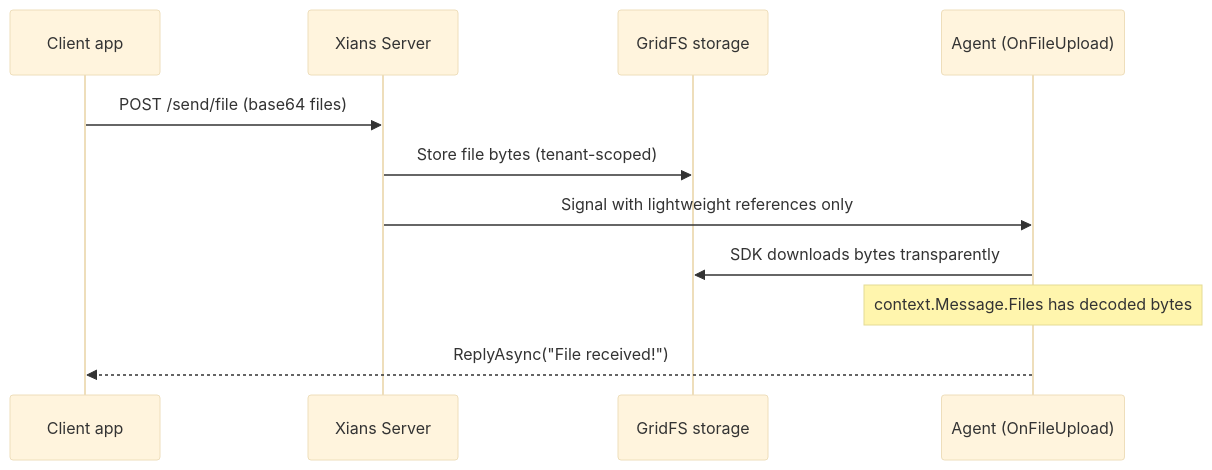
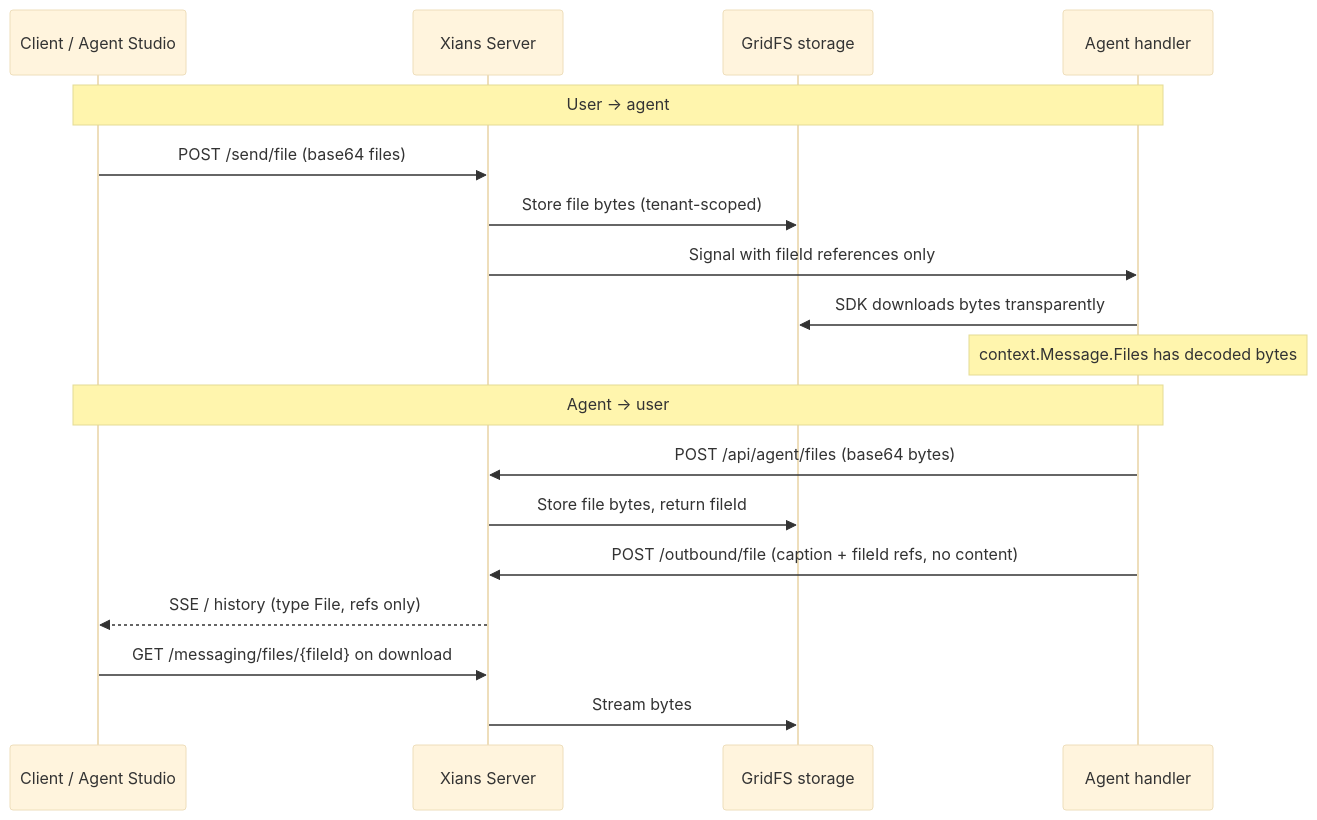
The diagram in docs/concepts/messaging-fileupload.md (XiansAiPlatform/XiansAi.Docs), drawn with Mermaid (base theme) before and after one commit. The commit also changed other lines of this file, not shown here.

````diff
--- a/docs/concepts/messaging-fileupload.md
+++ b/docs/concepts/messaging-fileupload.md
@@ -7,14 +9,22 @@
 ```mermaid
 sequenceDiagram
-    participant C as Client app
+    participant C as Client / Agent Studio
     participant S as Xians Server
     participant G as GridFS storage
-    participant A as Agent (OnFileUpload)
+    participant A as Agent handler
 
+    Note over C,A: User → agent
     C->>S: POST /send/file (base64 files)
     S->>G: Store file bytes (tenant-scoped)
-    S->>A: Signal with lightweight references only
+    S->>A: Signal with fileId references only
     A->>G: SDK downloads bytes transparently
     Note over A: context.Message.Files has decoded bytes
-    A-->>C: ReplyAsync("File received!")
+
+    Note over C,A: Agent → user
+    A->>S: POST /api/agent/files (base64 bytes)
+    S->>G: Store file bytes, return fileId
+    A->>S: POST /outbound/file (caption + fileId refs, no content)
+    S-->>C: SSE / history (type File, refs only)
+    C->>S: GET /messaging/files/{fileId} on download
+    S->>G: Stream bytes
 ```
````
